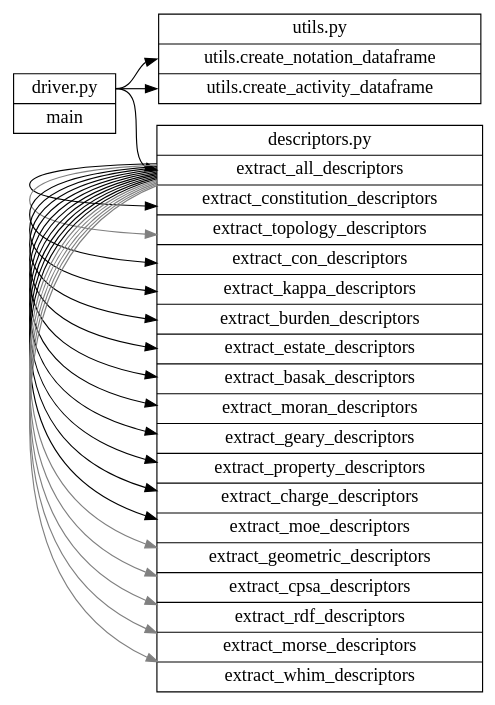
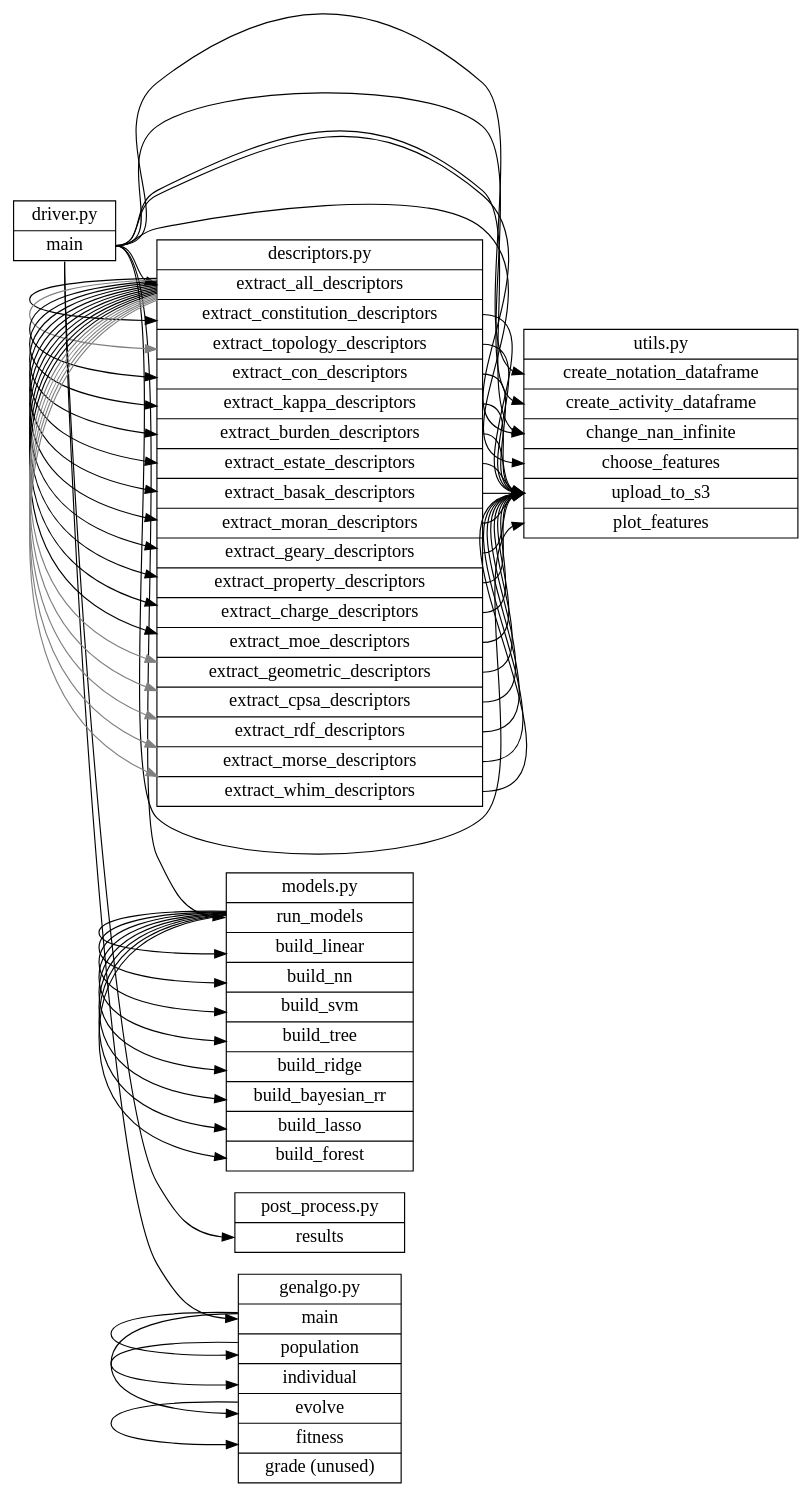
Before and after one commit to BeckResearchLab/USP-inhibition: the diagram in docs/callgraph.gv, drawn with Graphviz.

Commit message:
segfaulting dotty

```diff
--- a/docs/callgraph.gv
+++ b/docs/callgraph.gv
@@ -1,44 +1,95 @@
 digraph g {
 	graph [
 		rankdir = "LR"
 	];
 
 	node [
 		fontsize = "16"
 		shape = "record"
 	];
 
 	"driver.py" [
 		label = "<f0> driver.py | <f1> main"
 	];
 
 	"utils.py" [
-		label = "<f0> utils.py | <f1> utils.create_notation_dataframe | <f2> utils.create_activity_dataframe"
+		label = "<f0> utils.py | <f1> create_notation_dataframe | <f2> create_activity_dataframe | <f3> change_nan_infinite | <f4> choose_features | <f5> upload_to_s3 | <f6> plot_features"
 	];
 
 	"descriptors.py" [
 		label = "<f0> descriptors.py | <f1> extract_all_descriptors | <f2> extract_constitution_descriptors | <f3> extract_topology_descriptors | <f4> extract_con_descriptors | <f5> extract_kappa_descriptors | <f6> extract_burden_descriptors | <f7> extract_estate_descriptors | <f8> extract_basak_descriptors | <f9> extract_moran_descriptors | <f10> extract_geary_descriptors | <f11> extract_property_descriptors | <f12> extract_charge_descriptors | <f13> extract_moe_descriptors | <f14> extract_geometric_descriptors | <f15> extract_cpsa_descriptors | <f16> extract_rdf_descriptors | <f17> extract_morse_descriptors | <f18> extract_whim_descriptors"
 	];
 
-	"driver.py":f0 -> "utils.py":f1;
-	"driver.py":f0 -> "utils.py":f2;
-	"driver.py":f0 -> "descriptors.py":f1;
+	"models.py" [
+		label = "<f0> models.py | <f1> run_models | <f2> build_linear | <f3> build_nn | <f4> build_svm | <f5> build_tree | <f6> build_ridge | <f7> build_bayesian_rr | <f8> build_lasso | <f9> build_forest"
+	];
 
+	"post_process.py" [
+		label = "<f0> post_process.py | <f1> results"
+	];
+
+	"genalgo.py" [
+		label = "<f0> genalgo.py | <f1> main | <f2> population | <f3> individual | <f4> evolve | <f5> fitness | <f6> grade (unused)"
+	];
+
+	"driver.py":f1 -> "utils.py":f1;
+	"driver.py":f1 -> "utils.py":f2;
+	"driver.py":f1 -> "descriptors.py":f1;
 	"descriptors.py":f1 -> "descriptors.py":f2;
+	"descriptors.py":f2 -> "utils.py":f5;
 	"descriptors.py":f1 -> "descriptors.py":f3 [ color = "gray" ];
+	"descriptors.py":f3 -> "utils.py":f5;
 	"descriptors.py":f1 -> "descriptors.py":f4;
+	"descriptors.py":f4 -> "utils.py":f5;
 	"descriptors.py":f1 -> "descriptors.py":f5;
+	"descriptors.py":f5 -> "utils.py":f5;
 	"descriptors.py":f1 -> "descriptors.py":f6;
+	"descriptors.py":f6 -> "utils.py":f5;
 	"descriptors.py":f1 -> "descriptors.py":f7;
+	"descriptors.py":f7 -> "utils.py":f5;
 	"descriptors.py":f1 -> "descriptors.py":f8;
+	"descriptors.py":f8 -> "utils.py":f5;
 	"descriptors.py":f1 -> "descriptors.py":f9;
+	"descriptors.py":f9 -> "utils.py":f5;
 	"descriptors.py":f1 -> "descriptors.py":f10;
+	"descriptors.py":f10 -> "utils.py":f5;
 	"descriptors.py":f1 -> "descriptors.py":f11;
+	"descriptors.py":f11 -> "utils.py":f5;
 	"descriptors.py":f1 -> "descriptors.py":f12;
+	"descriptors.py":f12 -> "utils.py":f5;
 	"descriptors.py":f1 -> "descriptors.py":f13;
+	"descriptors.py":f13 -> "utils.py":f5;
 	"descriptors.py":f1 -> "descriptors.py":f14 [ color = "gray" ];
+	"descriptors.py":f14 -> "utils.py":f5;
 	"descriptors.py":f1 -> "descriptors.py":f15 [ color = "gray" ];
+	"descriptors.py":f15 -> "utils.py":f5;
 	"descriptors.py":f1 -> "descriptors.py":f16 [ color = "gray" ];
+	"descriptors.py":f16 -> "utils.py":f5;
 	"descriptors.py":f1 -> "descriptors.py":f17 [ color = "gray" ];
+	"descriptors.py":f17 -> "utils.py":f5;
 	"descriptors.py":f1 -> "descriptors.py":f18 [ color = "gray" ];
+	"descriptors.py":f18 -> "utils.py":f5;
+
+	"driver.py":f1 -> "utils.py":f3;
+	"driver.py":f1 -> "utils.py":f3;	# called twice
+	"driver.py":f1 -> "utils.py":f4;
+	"driver.py":f1 -> "utils.py":f6;
+
+	"driver.py":f1 -> "models.py":f1;
+	"models.py":f1 -> "models.py":f2;
+	"models.py":f1 -> "models.py":f3;
+	"models.py":f1 -> "models.py":f4;
+	"models.py":f1 -> "models.py":f5;
+	"models.py":f1 -> "models.py":f6;
+	"models.py":f1 -> "models.py":f7;
+	"models.py":f1 -> "models.py":f8;
+	"models.py":f1 -> "models.py":f9;
+
+	"driver.py":f1 -> "post_process.py":f1;
+
+	"driver.py":f1 -> "genalgo.py":f1;
+	"genalgo.py":f1 -> "genalgo.py":f2;
+	"genalgo.py":f2 -> "genalgo.py":f3;
+	"genalgo.py":f1 -> "genalgo.py":f4;
+	"genalgo.py":f4 -> "genalgo.py":f5;
 }
```
